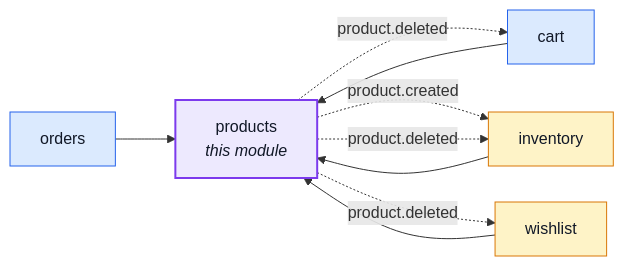
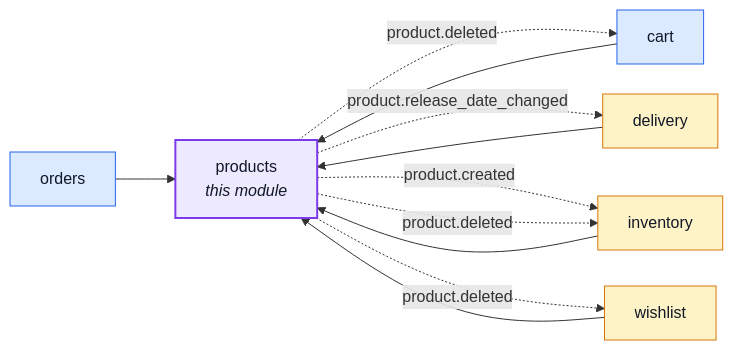
Before and after one commit to Guebbit/boilerplate-node-backend: the first of 4 diagrams in docs/modules/products.md, drawn with Mermaid. The commit also changed other lines of this file and 61 other files, not shown here.

First line of the commit message:
feat(delivery): tell a preorder's buyer when its date slips, and ask when it slips too far

````diff
--- a/docs/modules/products.md
+++ b/docs/modules/products.md
@@ -17,26 +17,29 @@
 ```mermaid
 %%{init: {'flowchart': {'nodeSpacing': 30, 'rankSpacing': 60}}}%%
 flowchart LR
     products["products<br/><i>this module</i>"]
     cart["cart"]
+    delivery["delivery"]
     inventory["inventory"]
     orders["orders"]
     wishlist["wishlist"]
 
     cart --> products
+    delivery --> products
     inventory --> products
     orders --> products
     wishlist --> products
     products -. "product.deleted" .-> cart
+    products -. "product.release_date_changed" .-> delivery
     products -. "product.created" .-> inventory
     products -. "product.deleted" .-> inventory
     products -. "product.deleted" .-> wishlist
 
     classDef core fill:#dbeafe,stroke:#2563eb,color:#111827;
     classDef supporting fill:#fef3c7,stroke:#d97706,color:#111827;
     classDef generic fill:#dcfce7,stroke:#16a34a,color:#111827;
     classDef centre fill:#ede9fe,stroke:#7c3aed,stroke-width:2px,color:#111827;
     class cart,orders core;
-    class inventory,wishlist supporting;
+    class delivery,inventory,wishlist supporting;
     class products centre;
 ```
````
